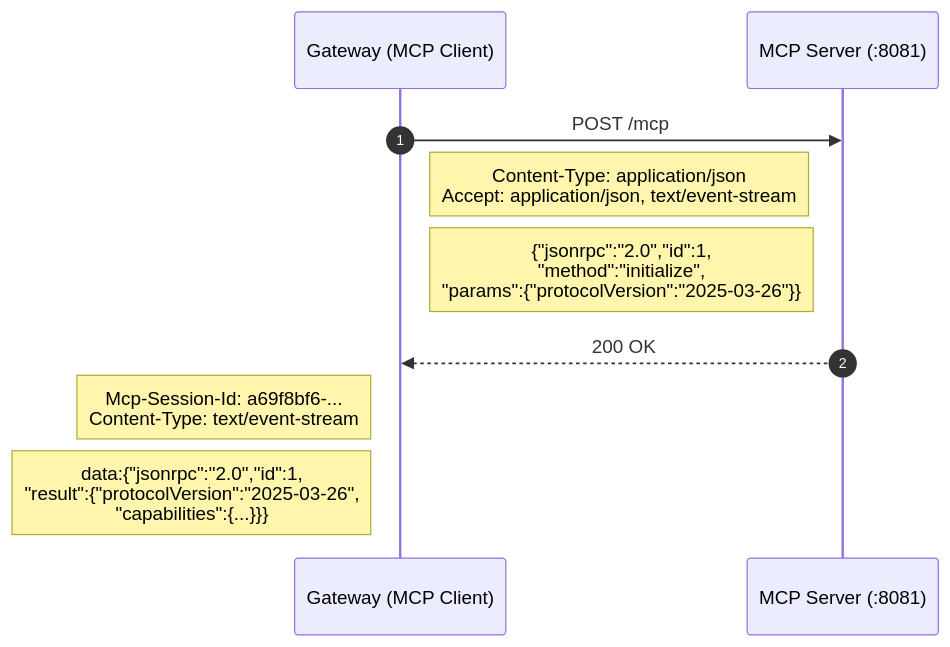
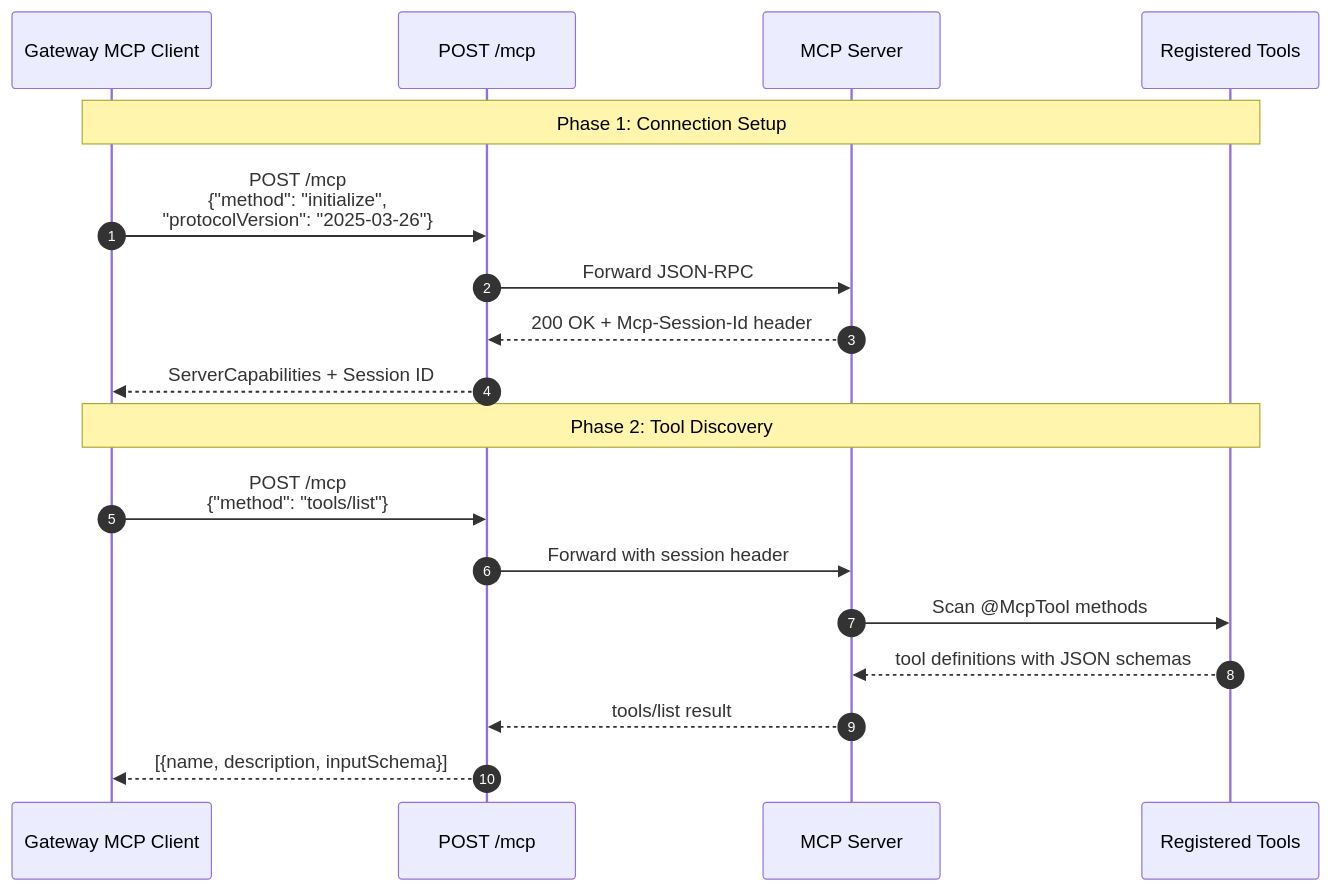
One commit to rajashashankmuppirala/mcp-poc changed the tenth of 11 diagrams in docs/ARCHITECTURE_V2.md. Above: the diagram before and after it, drawn with Mermaid. The commit also changed other lines of this file and 32 other files, not shown here.

````diff
--- a/docs/ARCHITECTURE_V2.md
+++ b/docs/ARCHITECTURE_V2.md
@@ -357,14 +475,22 @@
 ```mermaid
 sequenceDiagram
     autonumber
-    participant Client as Gateway (MCP Client)
-    participant Server as MCP Server (:8081)
+    participant Client as Gateway MCP Client
+    participant Transport as POST /mcp
+    participant Server as MCP Server
+    participant Tools as Registered Tools
 
-    Client->>Server: POST /mcp
-    Note right of Client: Content-Type: application/json<br/>Accept: application/json, text/event-stream
-    Note right of Client: {"jsonrpc":"2.0","id":1,<br/>"method":"initialize",<br/>"params":{"protocolVersion":"2025-03-26"}}
+    Note over Client,Tools: Phase 1: Connection Setup
+    Client->>Transport: POST /mcp<br/>{"method": "initialize",<br/>"protocolVersion": "2025-03-26"}
+    Transport->>Server: Forward JSON-RPC
+    Server-->>Transport: 200 OK + Mcp-Session-Id header
+    Transport-->>Client: ServerCapabilities + Session ID
 
-    Server-->>Client: 200 OK
-    Note left of Client: Mcp-Session-Id: a69f8bf6-...<br/>Content-Type: text/event-stream
-    Note left of Client: data:{"jsonrpc":"2.0","id":1,<br/>"result":{"protocolVersion":"2025-03-26",<br/>"capabilities":{...}}}
+    Note over Client,Tools: Phase 2: Tool Discovery
+    Client->>Transport: POST /mcp<br/>{"method": "tools/list"}
+    Transport->>Server: Forward with session header
+    Server->>Tools: Scan @McpTool methods
+    Tools-->>Server: tool definitions with JSON schemas
+    Server-->>Transport: tools/list result
+    Transport-->>Client: [{name, description, inputSchema}]
 ```
````
